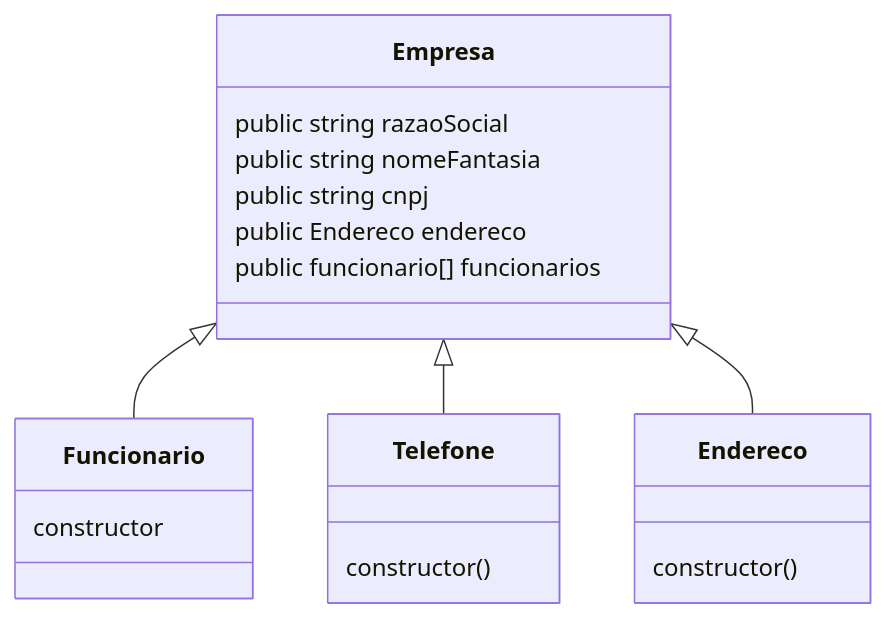
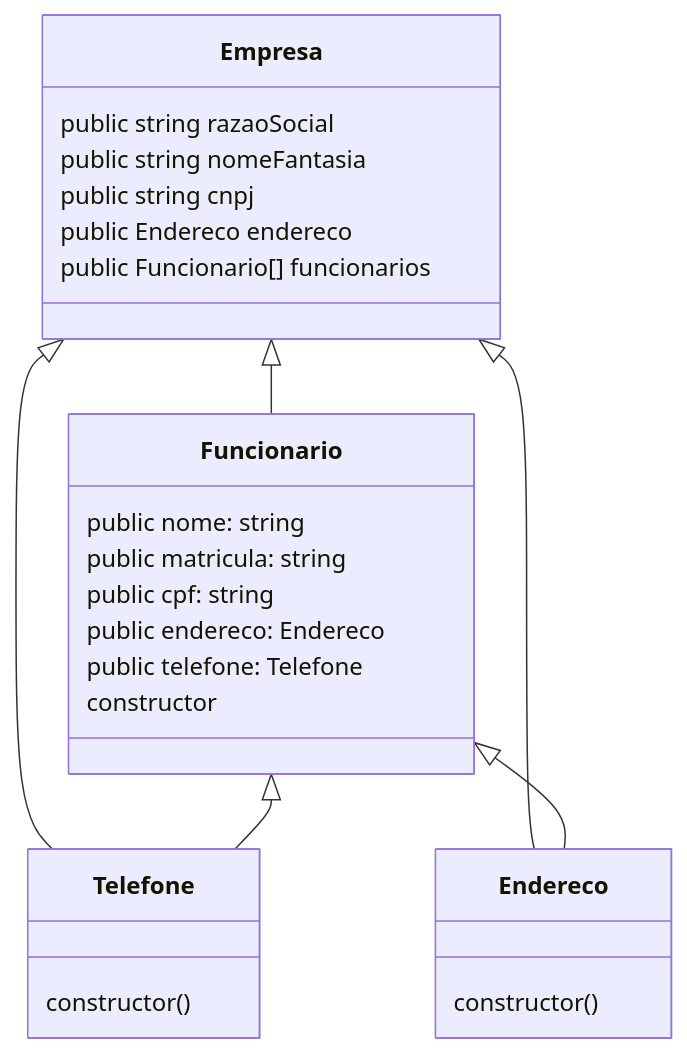
One commit to henrySilverIX/RT1 changed the diagram in README.md. Above: the diagram before and after it, drawn with Mermaid.

Commit message:
Correção dos diagramas do readme

````diff
--- a/README.md
+++ b/README.md
@@ -7,21 +7,29 @@
 ```mermaid
 classDiagram
     Empresa <|-- Funcionario
     Empresa <|-- Telefone
     Empresa <|-- Endereco
 
+    Funcionario <|-- Telefone
+    Funcionario <|-- Endereco
+
     Empresa : public string razaoSocial
     Empresa : public string nomeFantasia
     Empresa : public string cnpj
     Empresa : public Endereco endereco
-    Empresa : public funcionario[] funcionarios 
+    Empresa : public Funcionario[] funcionarios 
     class Funcionario {
+        public nome: string
+        public matricula: string
+        public cpf: string
+        public endereco: Endereco
+        public telefone: Telefone
         constructor
     }
     class Telefone {
         constructor()
     }
     class Endereco {
         constructor()
     }
 ```
````
